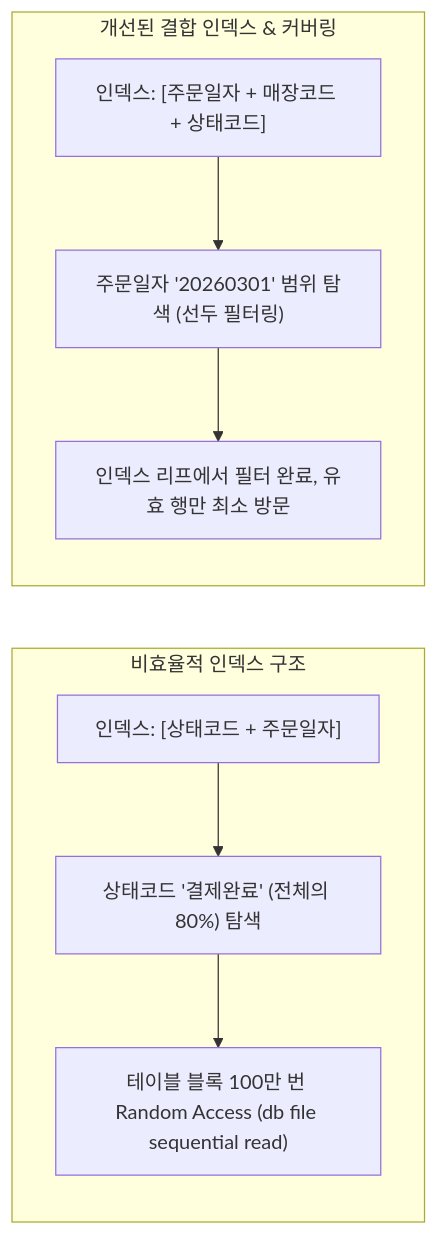
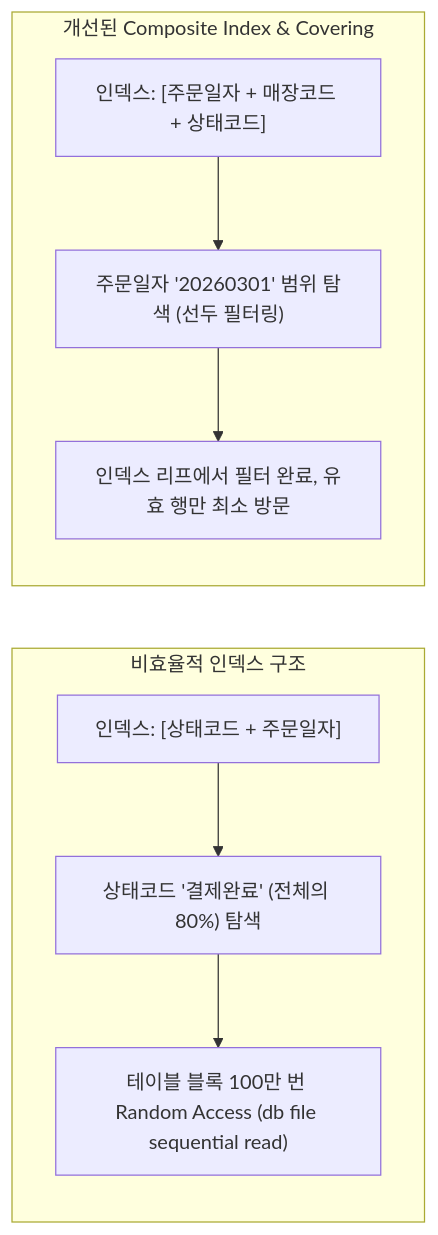
The second of 3 diagrams in docs/case/2026-1Q/oy-sale-insight-inefficient-patterns.md (djpibo/djpibo.github.io), drawn with Mermaid before and after one commit. The commit also changed other lines of this file and 14 other files, not shown here.

````diff
--- a/docs/case/2026-1Q/oy-sale-insight-inefficient-patterns.md
+++ b/docs/case/2026-1Q/oy-sale-insight-inefficient-patterns.md
@@ -82,18 +84,18 @@
 ```mermaid
 flowchart LR
     subgraph Bad["비효율적 인덱스 구조"]
         direction TB
         B1["인덱스: [상태코드 + 주문일자]"]
         B2["상태코드 '결제완료' (전체의 80%) 탐색"]
         B3["테이블 블록 100만 번 Random Access (db file sequential read)"]
         B1 --> B2 --> B3
     end
 
-    subgraph Good["개선된 결합 인덱스 & 커버링"]
+    subgraph Good["개선된 Composite Index & Covering"]
         direction TB
         G1["인덱스: [주문일자 + 매장코드 + 상태코드]"]
         G2["주문일자 '20260301' 범위 탐색 (선두 필터링)"]
         G3["인덱스 리프에서 필터 완료, 유효 행만 최소 방문"]
         G1 --> G2 --> G3
     end
 ```
````
